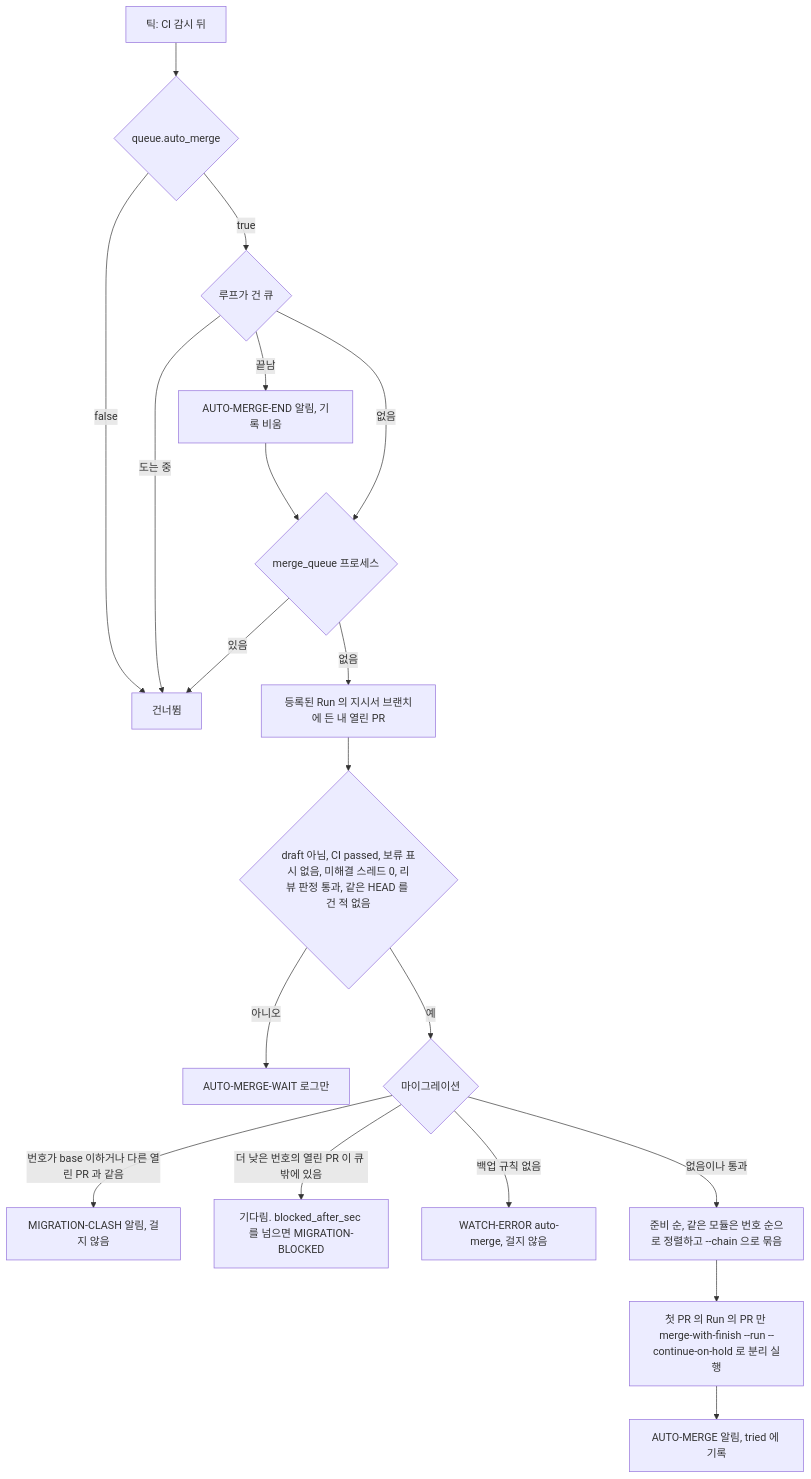
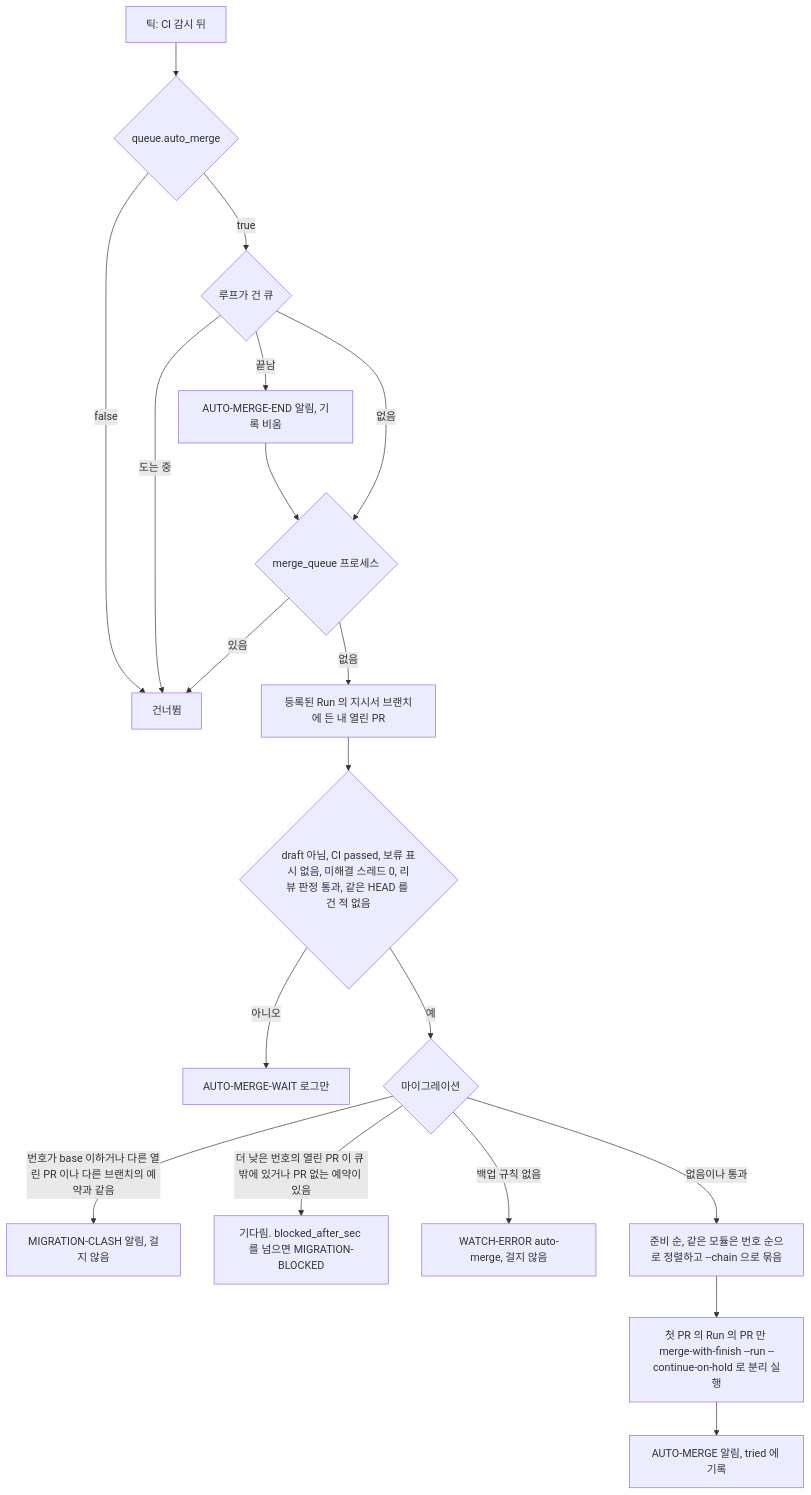
The seventh of 8 diagrams in docs/flow.md (jon890/fos-skills), drawn with Mermaid before and after one commit. The commit also changed other lines of this file and 14 other files, not shown here.

````diff
--- a/docs/flow.md
+++ b/docs/flow.md
@@ -286,21 +286,21 @@
 ```mermaid
 flowchart TD
     T[틱: CI 감시 뒤] --> E{queue.auto_merge}
     E -->|false| X[건너뜀]
     E -->|true| Q{루프가 건 큐}
     Q -->|끝남| END[AUTO-MERGE-END 알림, 기록 비움]
     Q -->|도는 중| X
     END --> P
     Q -->|없음| P{merge_queue 프로세스}
     P -->|있음| X
     P -->|없음| C[등록된 Run 의 지시서 브랜치에 든 내 열린 PR]
     C --> R{draft 아님, CI passed, 보류 표시 없음, 미해결 스레드 0, 리뷰 판정 통과, 같은 HEAD 를 건 적 없음}
     R -->|아니오| W[AUTO-MERGE-WAIT 로그만]
     R -->|예| M{마이그레이션}
-    M -->|번호가 base 이하거나 다른 열린 PR 과 같음| CL[MIGRATION-CLASH 알림, 걸지 않음]
-    M -->|더 낮은 번호의 열린 PR 이 큐 밖에 있음| B[기다림. blocked_after_sec 를 넘으면 MIGRATION-BLOCKED]
+    M -->|번호가 base 이하거나 다른 열린 PR 이나 다른 브랜치의 예약과 같음| CL[MIGRATION-CLASH 알림, 걸지 않음]
+    M -->|더 낮은 번호의 열린 PR 이 큐 밖에 있거나 PR 없는 예약이 있음| B[기다림. blocked_after_sec 를 넘으면 MIGRATION-BLOCKED]
     M -->|백업 규칙 없음| WE[WATCH-ERROR auto-merge, 걸지 않음]
     M -->|없음이나 통과| O[준비 순, 같은 모듈은 번호 순으로 정렬하고 --chain 으로 묶음]
     O --> L[첫 PR 의 Run 의 PR 만 merge-with-finish --run --continue-on-hold 로 분리 실행]
     L --> A[AUTO-MERGE 알림, tried 에 기록]
 ```
````
